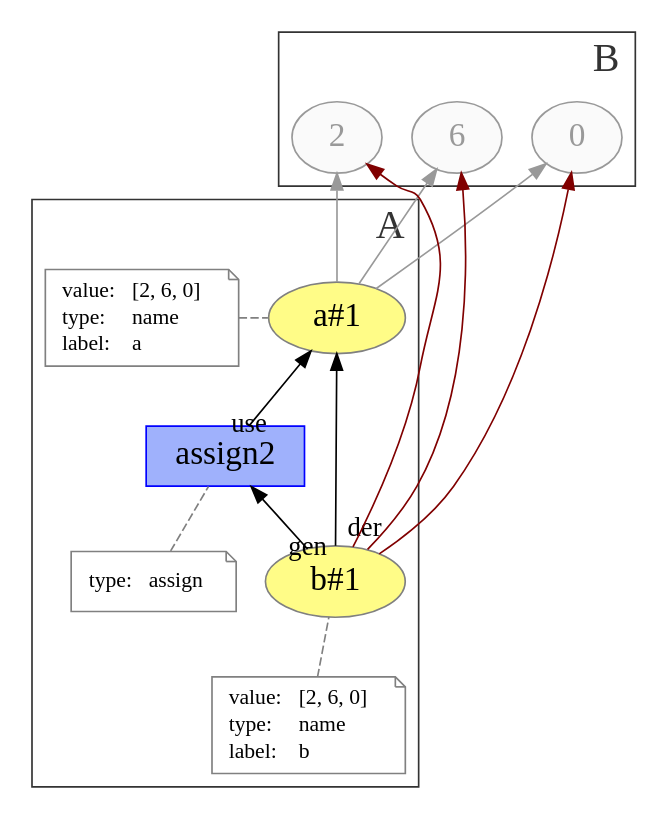
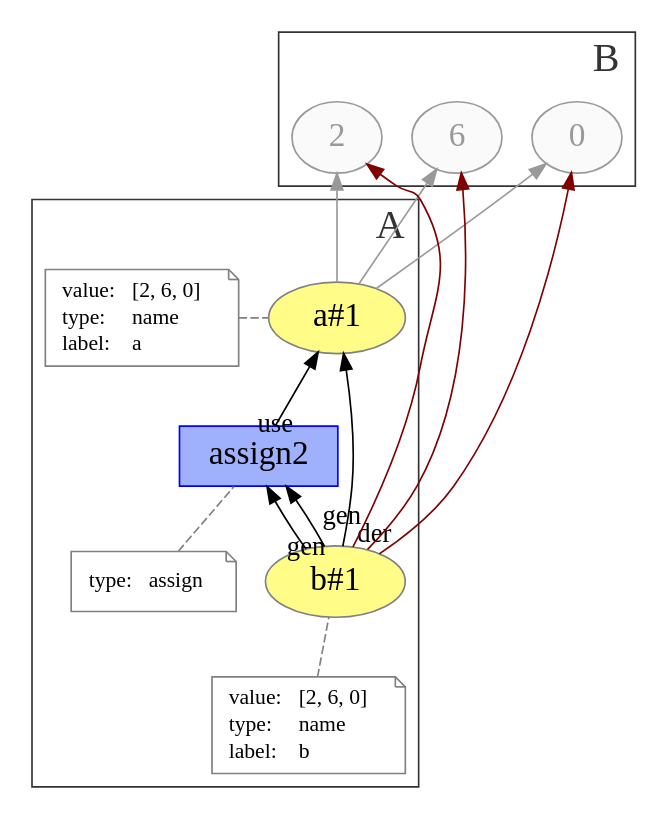
The diagram in generated/presentation/p1.dot (dew-uff/versioned-prov), drawn with Graphviz before and after one commit. The commit also changed 32 other files, not shown here.

```diff
--- a/generated/presentation/p1.dot
+++ b/generated/presentation/p1.dot
@@ -1,84 +1,85 @@
 digraph "PROV" { size="16,12"; rankdir="BT";
 newrank=true;
 splines = "spline"
 
 subgraph cluster_0 {
     labeljust="r"
     labelloc="b"
     color = "#333333"
     fontcolor = "#333333"
     fontsize = "24"
     label = "A";
     "g/a#1";
     "g/b#1"; "g/assign2"
     "g/a#1-attrs";
     "g/b#1-attrs"; "g/assign2-attrs"
     
 }
 subgraph cluster_1 {
     labeljust="r"
     labelloc="b"
     color = "#333333"
     fontcolor = "#333333"
     fontsize = "24"
     label = "B";
     "g/2"; "g/6";  "g/0"; 
 }
 
 "g/2" [fillcolor="#FAFAFA",color="#999999",style="filled",fontcolor="#999999",label="2",URL="g/2",fontsize="20"]
 "g/6" [fillcolor="#FAFAFA",color="#999999",style="filled",fontcolor="#999999",label="6",URL="g/6",fontsize="20"]
 "g/0" [fillcolor="#FAFAFA",color="#999999",style="filled",fontcolor="#999999",label="0",URL="g/0",fontsize="20"]
 "g/a#1" [fillcolor="#FFFC87",color="#808080",style="filled",label="a#1",URL="g/a#1",fontsize="20"]
 "g/a#1-attrs" [color="gray",shape="note",fontsize="13",fontcolor="black",label=<<TABLE cellpadding="0" border="0">
 	<TR>
 	    <TD align="left">value:</TD>
 	    <TD align="left">[2, 6, 0]</TD>
 	</TR>
 	<TR>
 	    <TD align="left">type:</TD>
 	    <TD align="left">name</TD>
 	</TR>
 	<TR>
 	    <TD align="left">label:</TD>
 	    <TD align="left">a</TD>
 	</TR>
 </TABLE>>]
 "g/a#1-attrs" -> "g/a#1" [color="gray",style="dashed",arrowhead="none"]
 "g/b#1" [fillcolor="#FFFC87",color="#808080",style="filled",label="b#1",URL="g/b#1",fontsize="20"]
 "g/b#1-attrs" [color="gray",shape="note",fontsize="13",fontcolor="black",label=<<TABLE cellpadding="0" border="0">
 	<TR>
 	    <TD align="left">value:</TD>
 	    <TD align="left">[2, 6, 0]</TD>
 	</TR>
 	<TR>
 	    <TD align="left">type:</TD>
 	    <TD align="left">name</TD>
 	</TR>
 	<TR>
 	    <TD align="left">label:</TD>
 	    <TD align="left">b</TD>
 	</TR>
 </TABLE>>]
 "g/b#1-attrs" -> "g/b#1" [color="gray",style="dashed",arrowhead="none"]
 "g/a#1" -> "g/2" [fontcolor="#999999",color="#999999"]
 "g/a#1" -> "g/6" [fontcolor="#999999",color="#999999"]
 "g/a#1" -> "g/0" [fontcolor="#999999",color="#999999"]
 "g/b#1" -> "g/2" [color="#800000",fontcolor="#800000"]
 "g/b#1" -> "g/6" [color="#800000",fontcolor="#800000"]
 "g/b#1" -> "g/0" [color="#800000",fontcolor="#800000"]
 "g/assign2" [fillcolor="#9FB1FC",color="#0000FF",shape="polygon",sides="4",style="filled",label="assign2",URL="g/assign2",fontsize="20"]
 "g/assign2-attrs" [color="gray",shape="note",fontsize="13",fontcolor="black",label=<<TABLE cellpadding="0" border="0">
 	<TR>
 	    <TD align="left">type:</TD>
 	    <TD align="left">assign</TD>
 	</TR>
 </TABLE>>]
 "g/assign2-attrs" -> "g/assign2" [color="gray",style="dashed",arrowhead="none"]
 "g/b#1" -> "g/a#1" [labelfontsize="16",labeldistance="2",labelangle="60.0",rotation="20",taillabel="der",dist="2"]
 "g/assign2" -> "g/a#1" [labelfontsize="16",labeldistance="0",labelangle="60.0",rotation="20",taillabel="use",dist="0"]
 "g/b#1" -> "g/assign2" [labelfontsize="16",labeldistance="0",labelangle="60.0",rotation="20",taillabel="gen",dist="0"]
 
 {rank=same "g/a#1" "g/a#1-attrs"}
 {rank=same "g/2" "g/6" "g/0"}
 "g/0" -> "g/6" -> "g/2" [style=invis]
+"g/b#1" -> "g/assign2" [labelfontsize="16",labeldistance="2",labelangle="60.0",rotation="20",taillabel="gen",dist="2"]
 }
```
